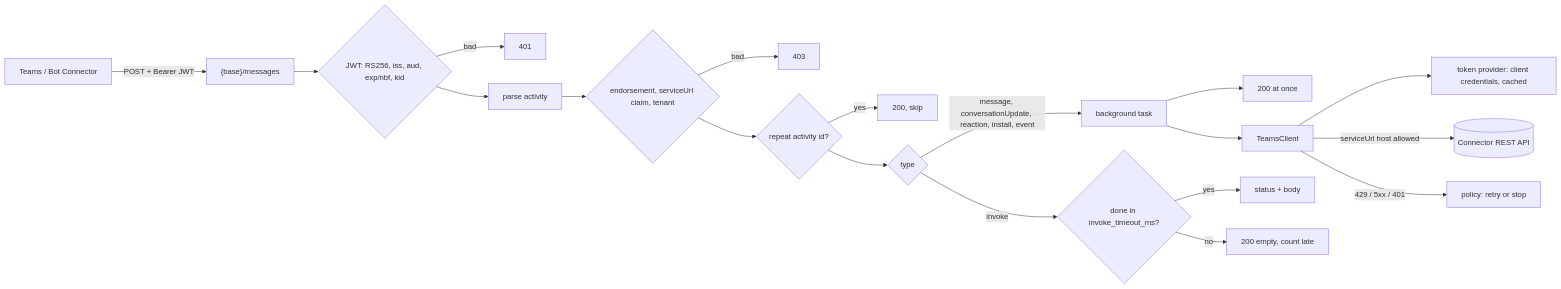
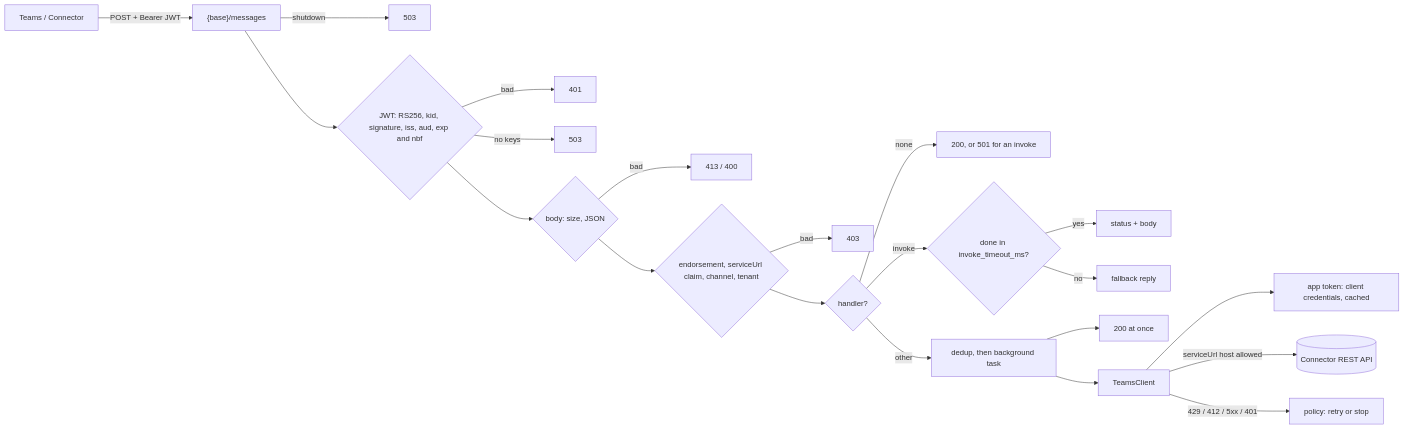
Before and after one commit to autumn-foundation/autumn-plugin-teams: the diagram in docs/plan.md, drawn with Mermaid. The commit also changed other lines of this file and 25 other files, not shown here.

````diff
--- a/docs/plan.md
+++ b/docs/plan.md
@@ -82,20 +84,22 @@
 ```mermaid
 flowchart LR
-  T[Teams / Bot Connector] -->|POST + Bearer JWT| R["{base}/messages"]
-  R --> J{JWT: RS256, iss, aud, exp/nbf, kid}
+  T[Teams / Connector] -->|POST + Bearer JWT| R["{base}/messages"]
+  R -->|shutdown| E5[503]
+  R --> J{JWT: RS256, kid, signature, iss, aud, exp and nbf}
   J -->|bad| E1[401]
-  J --> P[parse activity]
-  P --> C{endorsement, serviceUrl claim, tenant}
+  J -->|no keys| K[503]
+  J --> B{body: size, JSON}
+  B -->|bad| E4[413 / 400]
+  B --> C{endorsement, serviceUrl claim, channel, tenant}
   C -->|bad| E3[403]
-  C --> D{repeat activity id?}
-  D -->|yes| OK[200, skip]
-  D --> H{type}
-  H -->|message, conversationUpdate, reaction, install, event| BG[background task] --> A1[200 at once]
+  C --> H{handler?}
+  H -->|none| U[200, or 501 for an invoke]
   H -->|invoke| W{done in invoke_timeout_ms?}
   W -->|yes| IR[status + body]
-  W -->|no| A2[200 empty, count late]
+  W -->|no| L[fallback reply]
+  H -->|other| BG[dedup, then background task] --> A1[200 at once]
   BG --> CL[TeamsClient]
-  CL --> TK[token provider: client credentials, cached]
+  CL --> TK[app token: client credentials, cached]
   CL -->|serviceUrl host allowed| API[(Connector REST API)]
-  CL -->|429 / 5xx / 401| POL[policy: retry or stop]
+  CL -->|429 / 412 / 5xx / 401| POL[policy: retry or stop]
 ```
````
